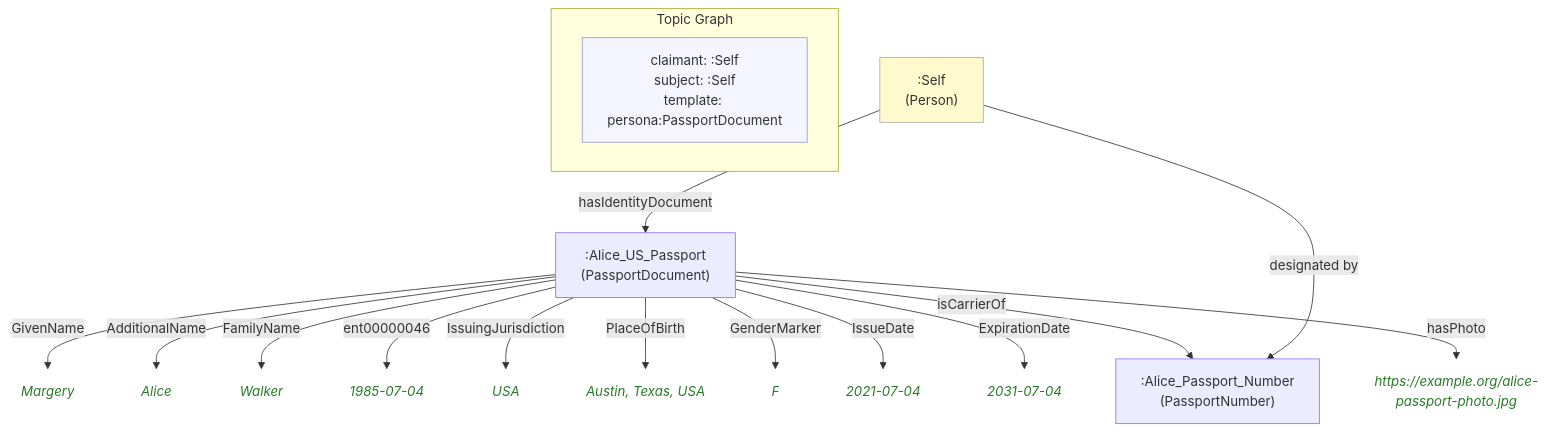
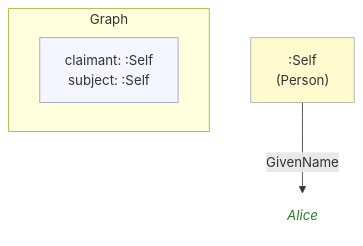
The diagram in example/graphs/images/graph-19.mmd (MeeFoundation/mia-ontologies), drawn with Mermaid before and after one commit. The commit also changed 101 other files, not shown here.

```diff
--- a/example/graphs/images/graph-19.mmd
+++ b/example/graphs/images/graph-19.mmd
@@ -1,39 +1,15 @@
 flowchart TD
     classDef person fill:#fffacd,stroke:#aaa,color:#333
-    classDef grp    fill:#d4edda,stroke:#aaa,color:#333
     classDef org    fill:#cce5ff,stroke:#aaa,color:#333
     classDef lit    fill:none,stroke:none,font-style:italic,color:#2a7a2a
     classDef meta   fill:#f5f5ff,stroke:#9999cc,color:#333
 
-    subgraph ctx["Topic Graph"]
+    subgraph ctx["Graph"]
         direction LR
-        ctx_meta["claimant: :Self\nsubject: :Self\ntemplate: persona:PassportDocument"]:::meta
+        ctx_meta["claimant: :Self\nsubject: :Self"]:::meta
     end
 
-    n104df4bab92a[":Alice_Passport_Number\n(PassportNumber)"]
-    n1e9b86ff4c78[":Alice_US_Passport\n(PassportDocument)"]
-    n2462fcc622a3("Margery"):::lit
-    nf8d56a555d17("Alice"):::lit
-    n3b0bafb237c9("Walker"):::lit
-    nf26c90526fb0("1985-07-04"):::lit
-    n8c8400980ee3("USA"):::lit
-    na2ae95aeb319("Austin, Texas, USA"):::lit
-    n7b51d89692a7("F"):::lit
-    n7b9b8bd8a490("2021-07-04"):::lit
-    n4a77b913de2e("2031-07-04"):::lit
-    n0b3af7b5a715("https://example.org/alice-passport-photo.jpg"):::lit
     ne0c3ba92f1db[":Self\n(Person)"]:::person
+    na6edde2f292e("Alice"):::lit
 
-    n1e9b86ff4c78 -->|"GivenName"| n2462fcc622a3
-    n1e9b86ff4c78 -->|"AdditionalName"| nf8d56a555d17
-    n1e9b86ff4c78 -->|"FamilyName"| n3b0bafb237c9
-    n1e9b86ff4c78 -->|"ent00000046"| nf26c90526fb0
-    n1e9b86ff4c78 -->|"IssuingJurisdiction"| n8c8400980ee3
-    n1e9b86ff4c78 -->|"PlaceOfBirth"| na2ae95aeb319
-    n1e9b86ff4c78 -->|"GenderMarker"| n7b51d89692a7
-    n1e9b86ff4c78 -->|"IssueDate"| n7b9b8bd8a490
-    n1e9b86ff4c78 -->|"ExpirationDate"| n4a77b913de2e
-    n1e9b86ff4c78 -->|"isCarrierOf"| n104df4bab92a
-    n1e9b86ff4c78 -->|"hasPhoto"| n0b3af7b5a715
-    ne0c3ba92f1db -->|"hasIdentityDocument"| n1e9b86ff4c78
-    ne0c3ba92f1db -->|"designated by"| n104df4bab92a
+    ne0c3ba92f1db -->|"GivenName"| na6edde2f292e
```
